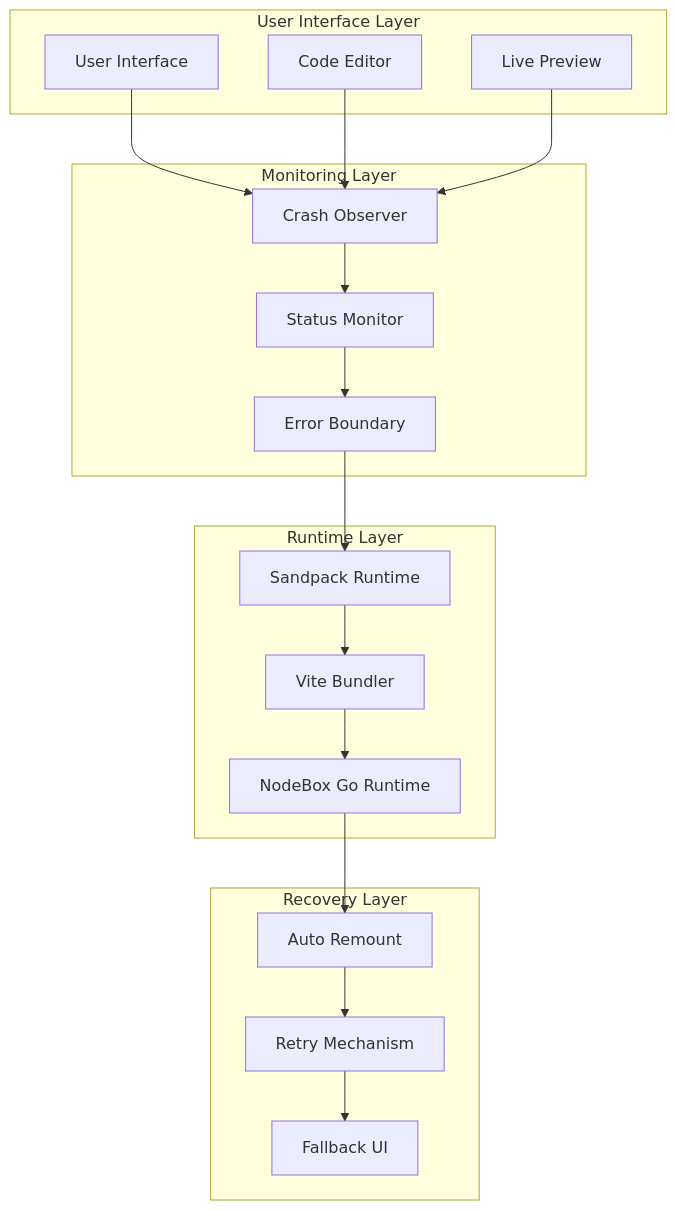
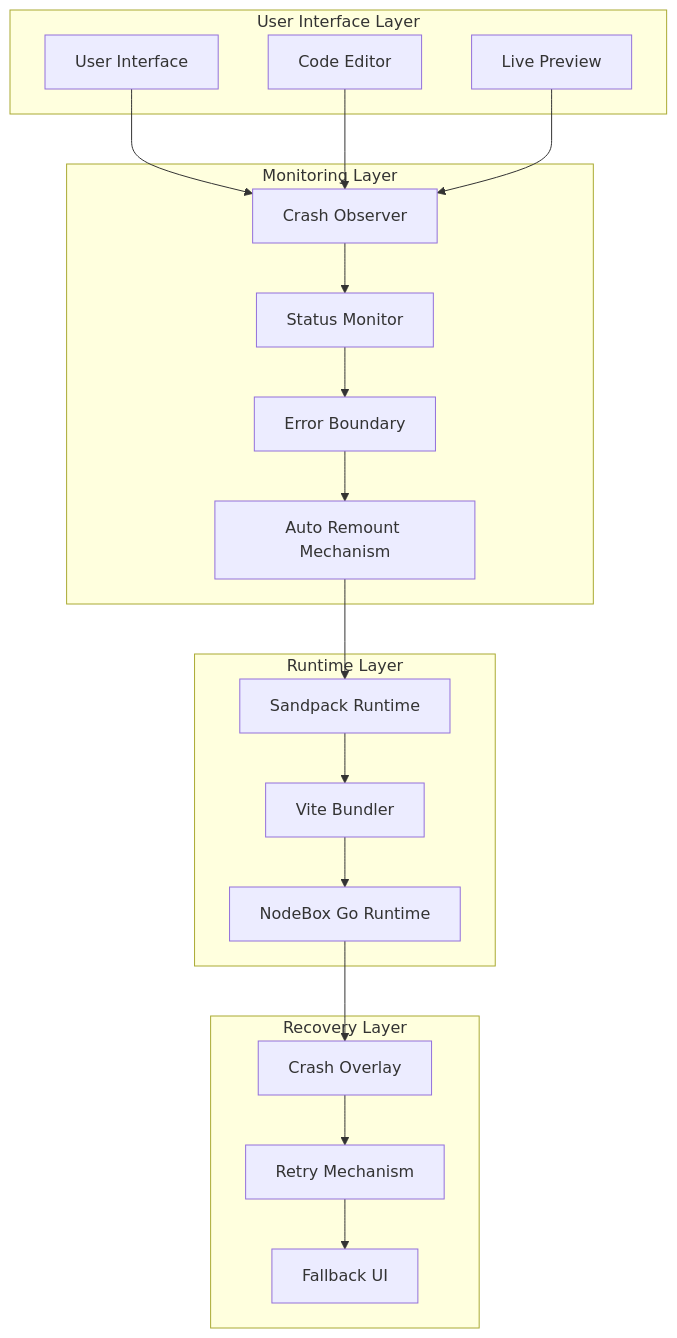
Before and after one commit to shekhargiri005-dotcom/AI-powered-accessibility-first-UI-engine: the first of 11 diagrams in .qoder/repowiki/en/content/Sandbox Runtime Crash Handling.md, drawn with Mermaid. The commit also changed other lines of this file and 3 other files, not shown here.

````diff
--- a/.qoder/repowiki/en/content/Sandbox Runtime Crash Handling.md
+++ b/.qoder/repowiki/en/content/Sandbox Runtime Crash Handling.md
@@ -33,34 +41,36 @@
 ```mermaid
 graph TB
 subgraph "User Interface Layer"
 UI[User Interface]
 Editor[Code Editor]
 Preview[Live Preview]
 end
 subgraph "Monitoring Layer"
 CrashObserver[Crash Observer]
 StatusMonitor[Status Monitor]
 ErrorBoundary[Error Boundary]
+AutoRemount[Auto Remount Mechanism]
 end
 subgraph "Runtime Layer"
 Sandpack[Sandpack Runtime]
 Vite[Vite Bundler]
 NodeBox[NodeBox Go Runtime]
 end
 subgraph "Recovery Layer"
-AutoRemount[Auto Remount]
+CrashOverlay[Crash Overlay]
 RetryMechanism[Retry Mechanism]
 FallbackUI[Fallback UI]
 end
 UI --> CrashObserver
 Editor --> CrashObserver
 Preview --> CrashObserver
 CrashObserver --> StatusMonitor
 StatusMonitor --> ErrorBoundary
-ErrorBoundary --> Sandpack
+ErrorBoundary --> AutoRemount
+AutoRemount --> Sandpack
 Sandpack --> Vite
 Vite --> NodeBox
-NodeBox --> AutoRemount
-AutoRemount --> RetryMechanism
+NodeBox --> CrashOverlay
+CrashOverlay --> RetryMechanism
 RetryMechanism --> FallbackUI
 ```
````
